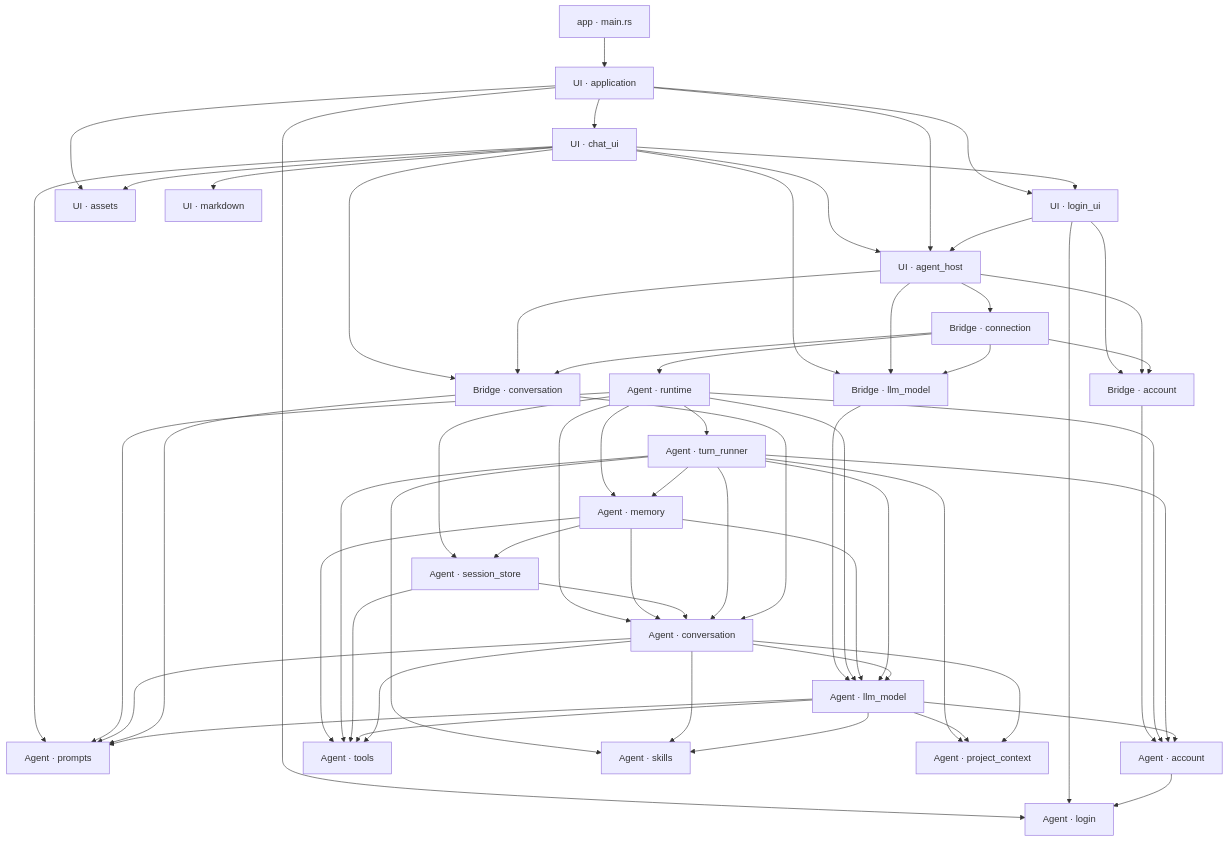
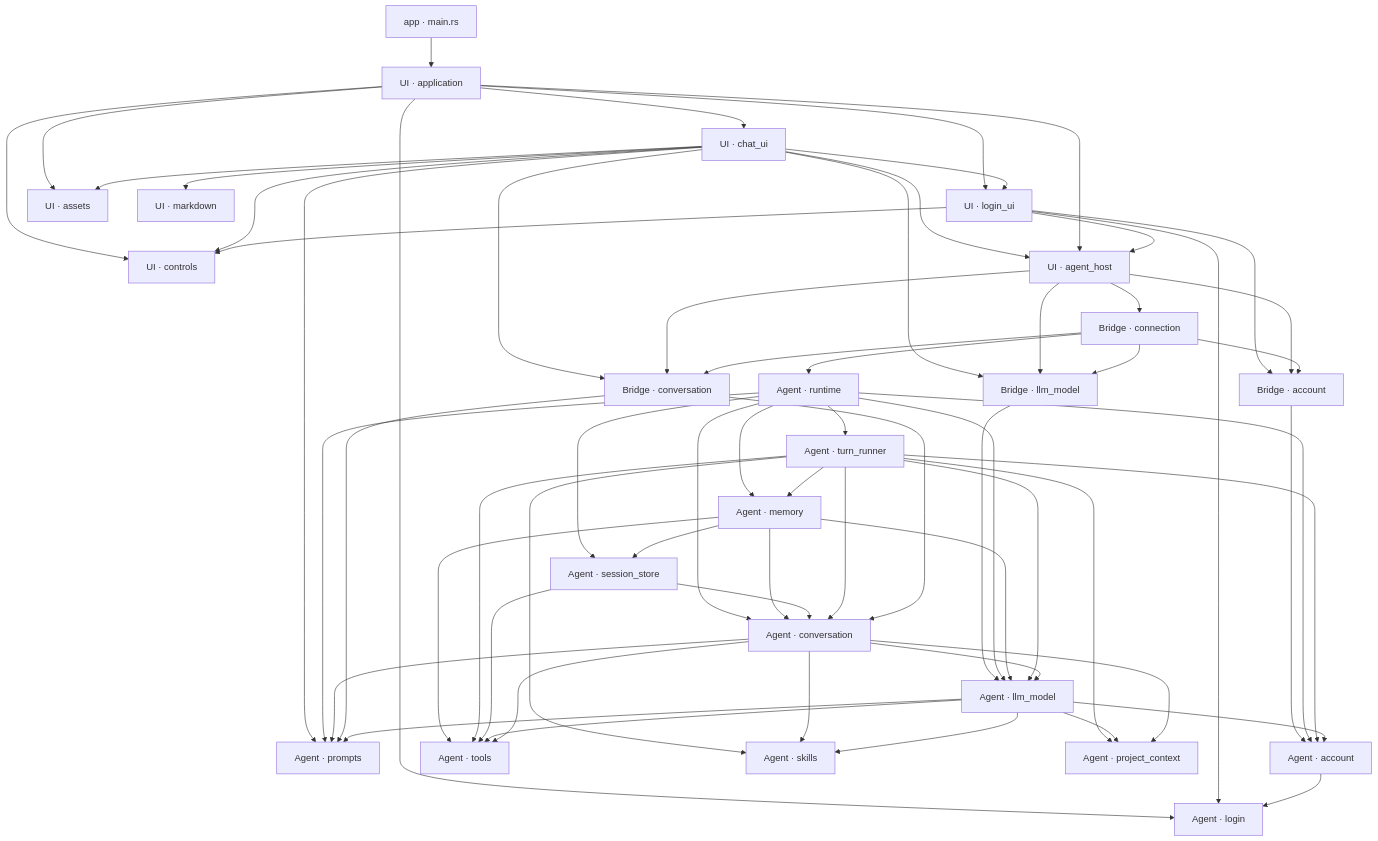
The first of 3 diagrams in docs/design/architecture.md (slc90/Agentelier), drawn with Mermaid before and after one commit. The commit also changed other lines of this file and 32 other files, not shown here.

````diff
--- a/docs/design/architecture.md
+++ b/docs/design/architecture.md
@@ -37,62 +38,65 @@
 ```mermaid
 flowchart TD
     Entry["app · main.rs"] --> App["UI · application"]
     App --> UI["UI · login_ui"]
     App --> Assets["UI · assets"]
+    App --> Controls["UI · controls"]
     App --> Login["Agent · login"]
     UI --> Login
     App --> ChatUI["UI · chat_ui"]
     ChatUI --> Markdown["UI · markdown"]
     ChatUI --> UI
+    ChatUI --> Controls
+    UI --> Controls
     ChatUI --> Host
     App --> Host["UI · agent_host"]
     UI --> Host
     Host --> Connection["Bridge · connection"]
     UI --> AccountBridge["Bridge · account"]
     ChatUI --> ModelBridge["Bridge · llm_model"]
     ChatUI --> ConversationBridge["Bridge · conversation"]
     ChatUI --> Prompts["Agent · prompts"]
     ChatUI --> Assets
     Host --> AccountBridge
     Host --> ModelBridge
     Host --> ConversationBridge
     Connection --> Runtime["Agent · runtime"]
     Connection --> AccountBridge
     Connection --> ModelBridge
     Connection --> ConversationBridge
     AccountBridge --> Account["Agent · account"]
     ModelBridge --> Model["Agent · llm_model"]
     Runtime --> Account
     Runtime --> Model
     Runtime --> Conversation["Agent · conversation"]
     Runtime --> SessionStore["Agent · session_store"]
     Runtime --> Memory["Agent · memory"]
     Runtime --> Prompts
     Memory --> SessionStore
     Memory --> Conversation
     Memory --> Model
     Memory --> Tools
     SessionStore --> Conversation
     Runtime --> Runner["Agent · turn_runner"]
     Runner --> Conversation
     Runner --> Skills["Agent · skills"]
     Conversation --> Skills
     Runner --> ProjectContext["Agent · project_context"]
     Runner --> Model
     Runner --> Memory
     Runner --> Account
     Runner --> Tools["Agent · tools"]
     SessionStore --> Tools
     Model --> Skills
     Model --> ProjectContext
     Model --> Tools
     Conversation --> Tools
     Conversation --> Model
     Conversation --> Prompts
     Conversation --> ProjectContext
     ConversationBridge --> Conversation
     ConversationBridge --> Prompts
     Model --> Prompts
     Model --> Account
     Account --> Login
 ```
````
